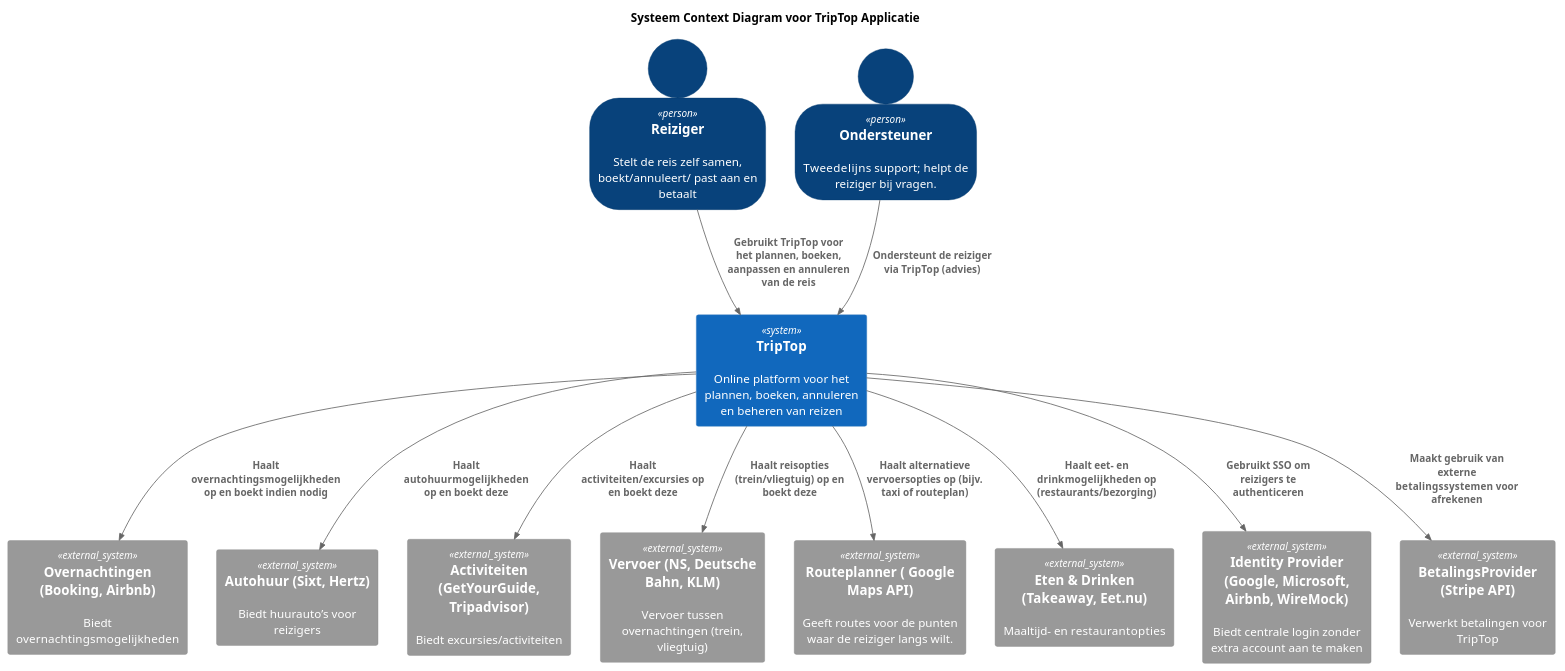
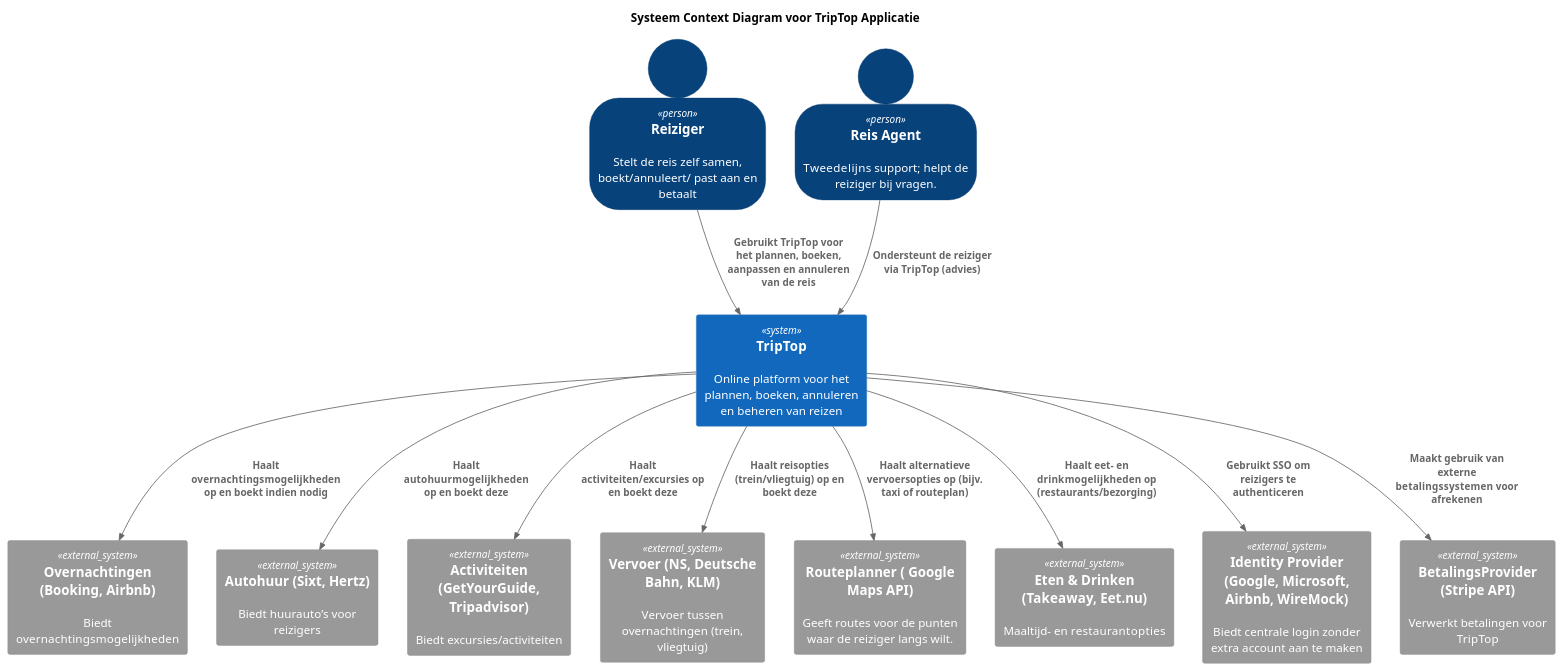
One commit to AIM-ENE-feb25/triptop-asas changed the diagram in software-guidebook/context-diagram.puml. Above: the diagram before and after it, drawn with PlantUML.

```diff
--- a/software-guidebook/context-diagram.puml
+++ b/software-guidebook/context-diagram.puml
@@ -1,32 +1,32 @@
 @startuml
 !include https://raw.githubusercontent.com/plantuml-stdlib/C4-PlantUML/master/C4_Context.puml
 title Systeem Context Diagram voor TripTop Applicatie
 SHOW_PERSON_OUTLINE()
 Person(reiziger, "Reiziger", "Stelt de reis zelf samen, boekt/annuleert/ past aan en betaalt")
-Person(ondersteuner, "Ondersteuner", "Tweede­lijns support; helpt de reiziger bij vragen.")
+Person(ondersteuner, "Reis Agent", "Tweede­lijns support; helpt de reiziger bij vragen.")
 
 System(triptop, "TripTop", "Online platform voor het plannen, boeken, annuleren en beheren van reizen")
 
 System_Ext(overnachtingen, "Overnachtingen (Booking, Airbnb)", "Biedt overnachtings­mogelijkheden")
 System_Ext(autohuur, "Autohuur (Sixt, Hertz)", "Biedt huurauto’s voor reizigers")
 System_Ext(activiteiten, "Activiteiten (GetYourGuide, Tripadvisor)", "Biedt excursies/activiteiten")
 System_Ext(vervoer1, "Vervoer (NS, Deutsche Bahn, KLM)", "Vervoer tussen overnachtingen (trein, vliegtuig)")
 System_Ext(vervoer2, "Routeplanner ( Google Maps API)", "Geeft routes voor de punten waar de reiziger langs wilt.")
 System_Ext(eten, "Eten & Drinken (Takeaway, Eet.nu)", "Maaltijd- en restaurant­opties")
 
 System_Ext(identity, "Identity Provider (Google, Microsoft, Airbnb, WireMock)", "Biedt centrale login zonder extra account aan te maken")
 System_Ext(payment, "BetalingsProvider (Stripe API)", "Verwerkt betalingen voor TripTop")
 
 Rel(reiziger, triptop, "Gebruikt TripTop voor het plannen, boeken, aanpassen en annuleren van de reis")
 Rel(ondersteuner, triptop, "Ondersteunt de reiziger via TripTop (advies)")
 Rel(triptop, overnachtingen, "Haalt overnachtings­mogelijkheden op en boekt indien nodig")
 Rel(triptop, autohuur, "Haalt autohuur­mogelijkheden op en boekt deze")
 Rel(triptop, activiteiten, "Haalt activiteiten/excursies op en boekt deze")
 Rel(triptop, vervoer1, "Haalt reisopties (trein/vliegtuig) op en boekt deze")
 Rel(triptop, vervoer2, "Haalt alternatieve vervoersopties op (bijv. taxi of routeplan)")
 Rel(triptop, eten, "Haalt eet- en drink­mogelijkheden op (restaurants/bezorging)")
 
 Rel(triptop, identity, "Gebruikt SSO om reizigers te authenticeren")
 Rel(triptop, payment, "Maakt gebruik van externe betalings­systemen voor afrekenen")
 
 @enduml
```
